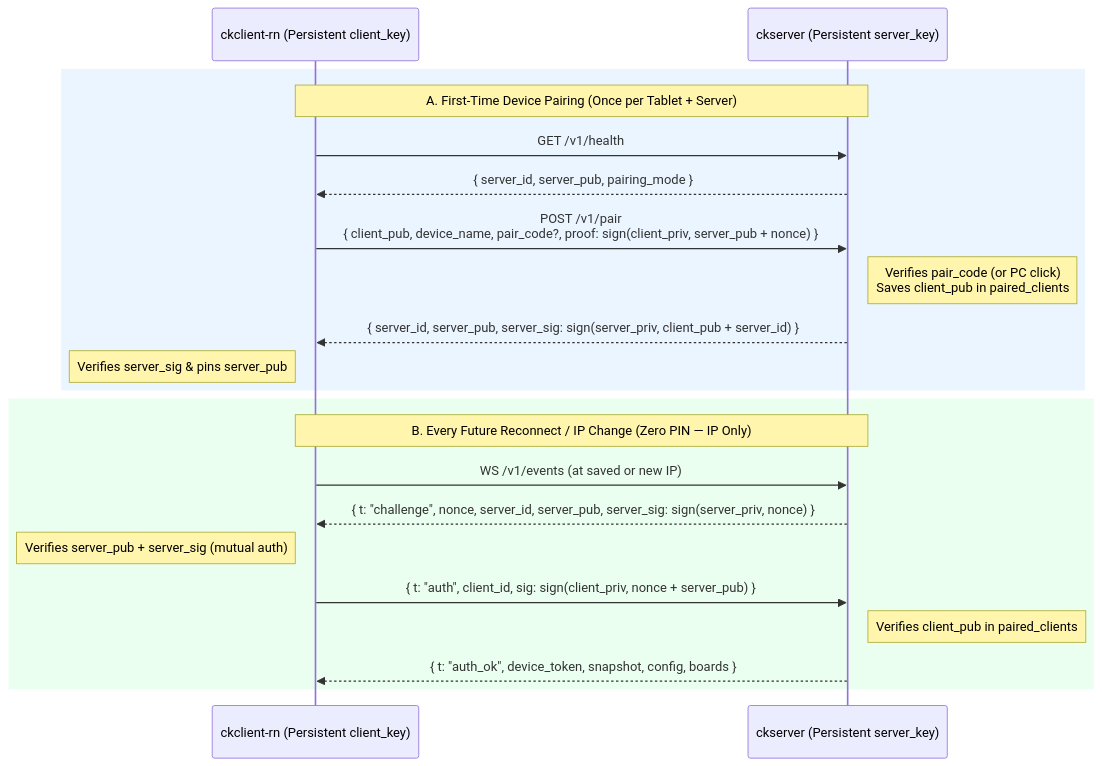
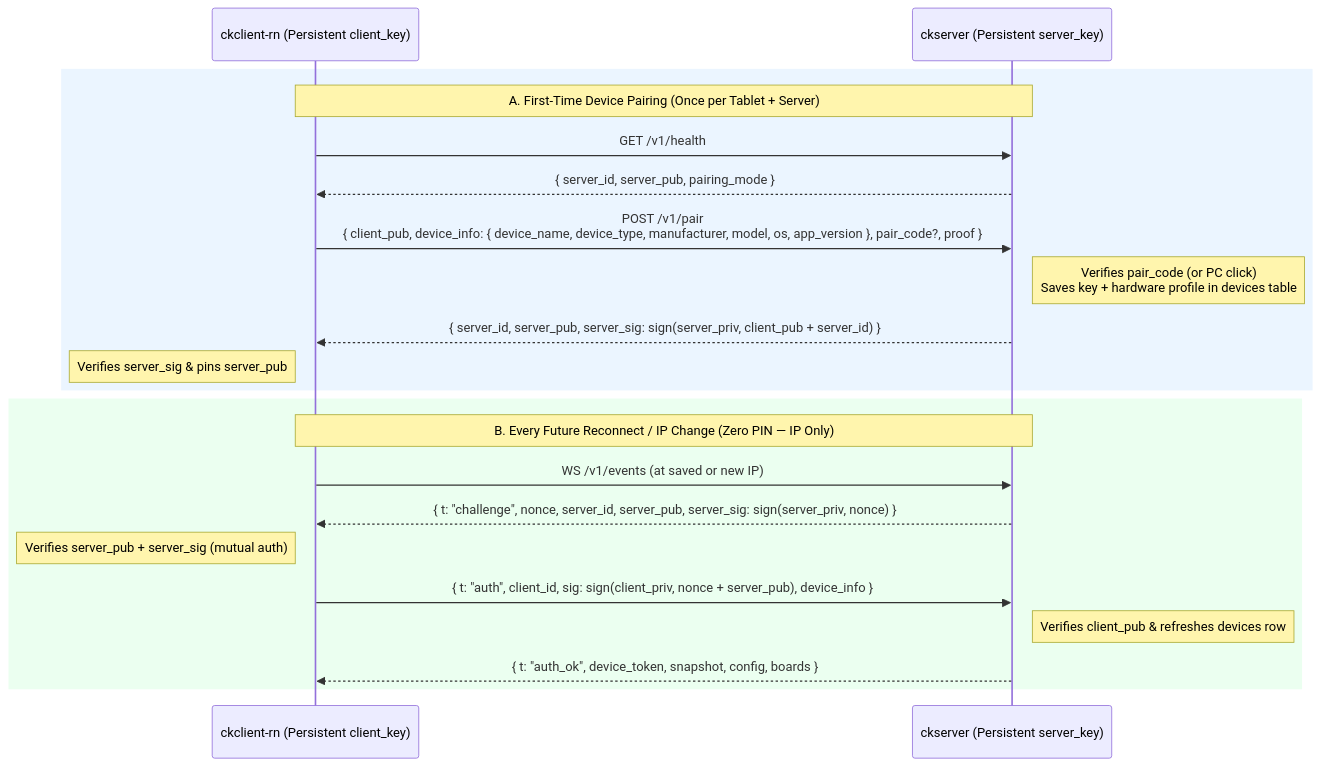
Before and after one commit to GecEnterprises/corekiosk: the second of 5 diagrams in LAYOUT.md, drawn with Mermaid. The commit also changed other lines of this file and 2 other files, not shown here.

````diff
--- a/LAYOUT.md
+++ b/LAYOUT.md
@@ -184,25 +188,25 @@
 ```mermaid
 sequenceDiagram
     participant RN as ckclient-rn (Persistent client_key)
     participant Srv as ckserver (Persistent server_key)
 
     rect rgb(235, 245, 255)
         Note over RN,Srv: A. First-Time Device Pairing (Once per Tablet + Server)
         RN->>Srv: GET /v1/health
         Srv-->>RN: { server_id, server_pub, pairing_mode }
-        RN->>Srv: POST /v1/pair<br/>{ client_pub, device_name, pair_code?, proof: sign(client_priv, server_pub + nonce) }
-        Note right of Srv: Verifies pair_code (or PC click)<br/>Saves client_pub in paired_clients
+        RN->>Srv: POST /v1/pair<br/>{ client_pub, device_info: { device_name, device_type, manufacturer, model, os, app_version }, pair_code?, proof }
+        Note right of Srv: Verifies pair_code (or PC click)<br/>Saves key + hardware profile in devices table
         Srv-->>RN: { server_id, server_pub, server_sig: sign(server_priv, client_pub + server_id) }
         Note left of RN: Verifies server_sig & pins server_pub
     end
 
     rect rgb(235, 255, 240)
         Note over RN,Srv: B. Every Future Reconnect / IP Change (Zero PIN — IP Only)
         RN->>Srv: WS /v1/events (at saved or new IP)
         Srv-->>RN: { t: "challenge", nonce, server_id, server_pub, server_sig: sign(server_priv, nonce) }
         Note left of RN: Verifies server_pub + server_sig (mutual auth)
-        RN->>Srv: { t: "auth", client_id, sig: sign(client_priv, nonce + server_pub) }
-        Note right of Srv: Verifies client_pub in paired_clients
+        RN->>Srv: { t: "auth", client_id, sig: sign(client_priv, nonce + server_pub), device_info }
+        Note right of Srv: Verifies client_pub & refreshes devices row
         Srv-->>RN: { t: "auth_ok", device_token, snapshot, config, boards }
     end
 ```
````
